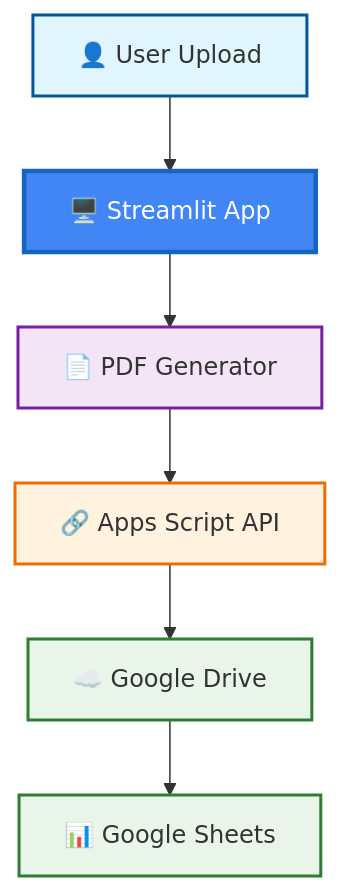
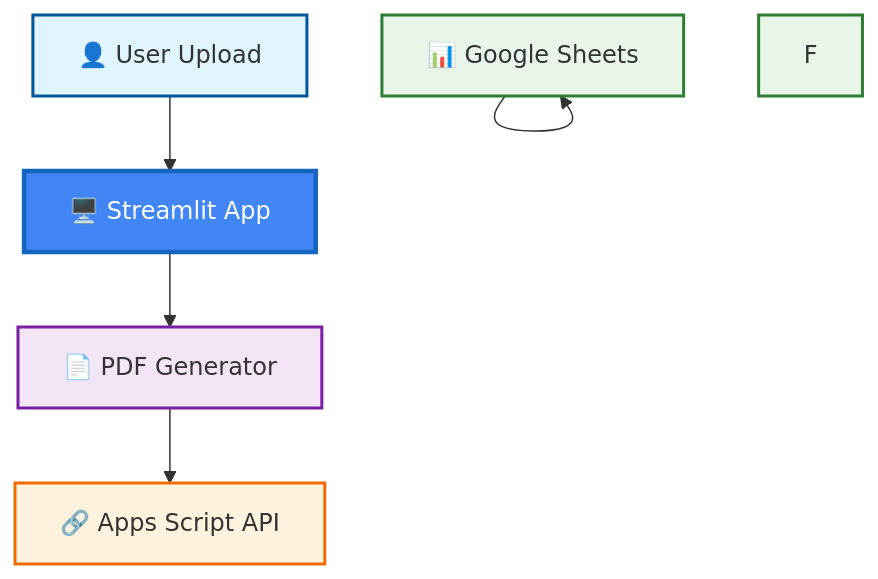
Before and after one commit to Felipe-Aranda-INV/Google-Chiron.SxS_PDF_Generator: the first of 2 diagrams in README.md, drawn with Mermaid.

````diff
--- a/README.md
+++ b/README.md
@@ -11,15 +11,15 @@
 ```mermaid
 graph TD
     A[👤 User Upload] --> B[🖥️ Streamlit App]
     B --> C[📄 PDF Generator]
-    C --> E[🔗 Apps Script API] --> D
-    D[☁️ Google Drive] --> F[📊 Google Sheets]
+    C --> E[🔗 Apps Script API]
+    D[☁️ Google Drive] --> D[📊 Google Sheets]
     
     
     style A fill:#e1f5fe,stroke:#01579b,stroke-width:2px
     style B fill:#4285f4,color:#fff,stroke:#1565c0,stroke-width:3px
     style C fill:#f3e5f5,stroke:#7b1fa2,stroke-width:2px
     style D fill:#e8f5e8,stroke:#2e7d32,stroke-width:2px
     style E fill:#fff3e0,stroke:#ef6c00,stroke-width:2px
     style F fill:#e8f5e8,stroke:#2e7d32,stroke-width:2px
 ```
````
